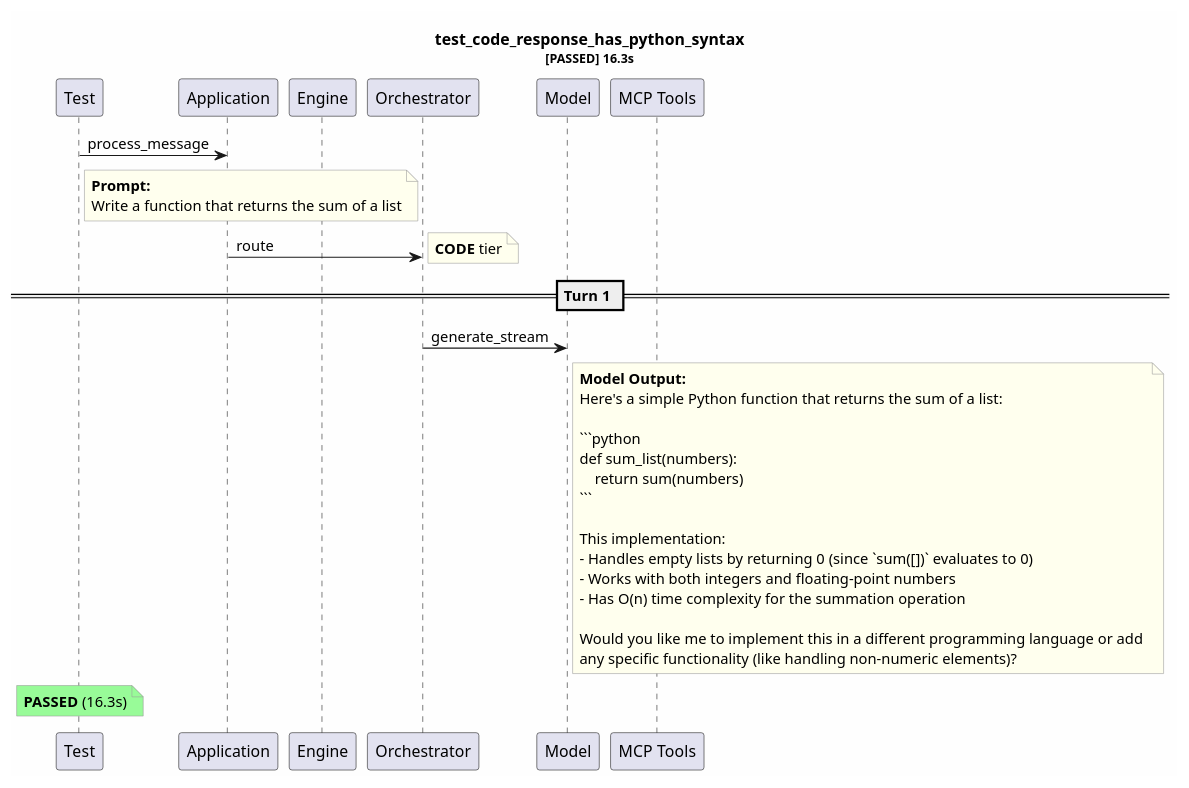
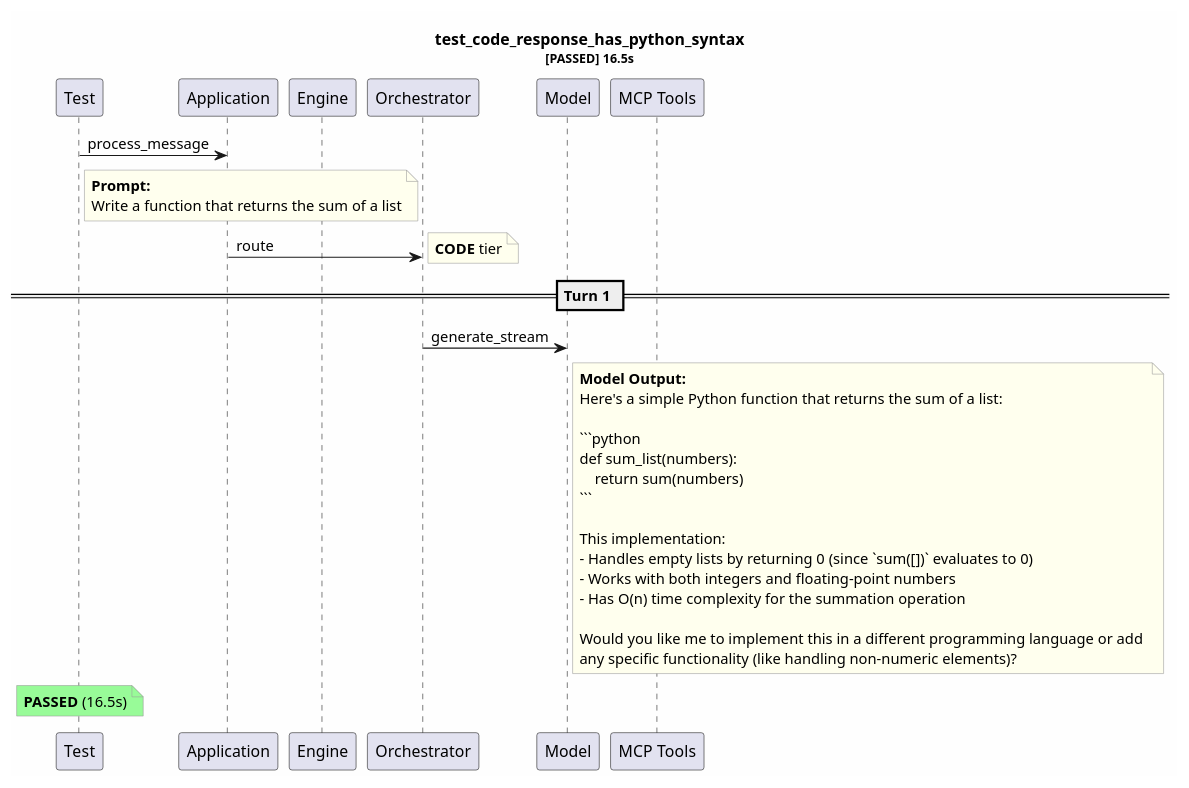
The diagram in test-reports/test_code_response_has_python_syntax.puml (tvanfossen/entropic), drawn with PlantUML before and after one commit. The commit also changed 46 other files, not shown here.

````diff
--- a/test-reports/test_code_response_has_python_syntax.puml
+++ b/test-reports/test_code_response_has_python_syntax.puml
@@ -1,44 +1,44 @@
 @startuml
 skinparam backgroundColor #FEFEFE
 skinparam noteBorderColor #999999
 skinparam noteBackgroundColor #FFFFEE
-title test_code_response_has_python_syntax\n<size:11>[PASSED] 16.3s</size>
+title test_code_response_has_python_syntax\n<size:11>[PASSED] 16.5s</size>
 
 participant "Test" as T
 participant "Application" as App
 participant "Engine" as Eng
 participant "Orchestrator" as Orch
 participant "Model" as Mdl
 participant "MCP Tools" as MCP
 
 T -> App: process_message
 note right of T
   **Prompt:**
   Write a function that returns the sum of a list
 end note
 App -> Orch: route
 note right: **CODE** tier
 == Turn 1 ==
 Orch -> Mdl: generate_stream
 note right of Mdl
   **Model Output:**
   Here's a simple Python function that returns the sum of a list:
   
   ```python
   def sum_list(numbers):
       return sum(numbers)
   ```
   
   This implementation:
   - Handles empty lists by returning 0 (since `sum([])` evaluates to 0)
   - Works with both integers and floating-point numbers
   - Has O(n) time complexity for the summation operation
   
   Would you like me to implement this in a different programming language or add 
   any specific functionality (like handling non-numeric elements)?
 end note
 note over T #palegreen
-  **PASSED** (16.3s)
+  **PASSED** (16.5s)
 end note
 
 @enduml
````
